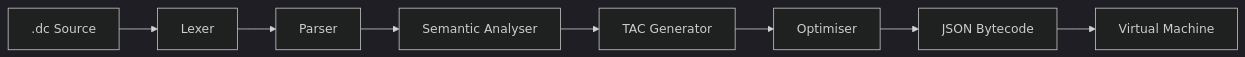
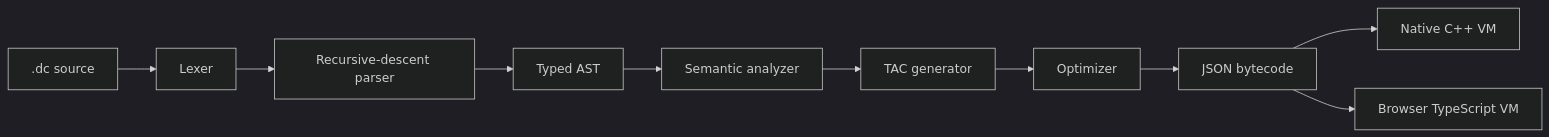
Before and after one commit to amh1k/DurinsCode: the diagram in README.md, drawn with Mermaid (dark theme). The commit also changed other lines of this file and 1 other file, not shown here.

Commit message:
docs: overhaul README with product overview, architecture, setup, screenshots, and testing details

````diff
--- a/README.md
+++ b/README.md
@@ -90,10 +90,12 @@
 ```mermaid
 flowchart LR
-    A[.dc Source] --> B[Lexer]
-    B --> C[Parser]
-    C --> D[Semantic Analyser]
-    D --> E[TAC Generator]
-    E --> F[Optimiser]
-    F --> G[JSON Bytecode]
-    G --> H[Virtual Machine]
+    A[.dc source] --> B[Lexer]
+    B --> C[Recursive-descent parser]
+    C --> D[Typed AST]
+    D --> E[Semantic analyzer]
+    E --> F[TAC generator]
+    F --> G[Optimizer]
+    G --> H[JSON bytecode]
+    H --> I[Native C++ VM]
+    H --> J[Browser TypeScript VM]
 ```
````
